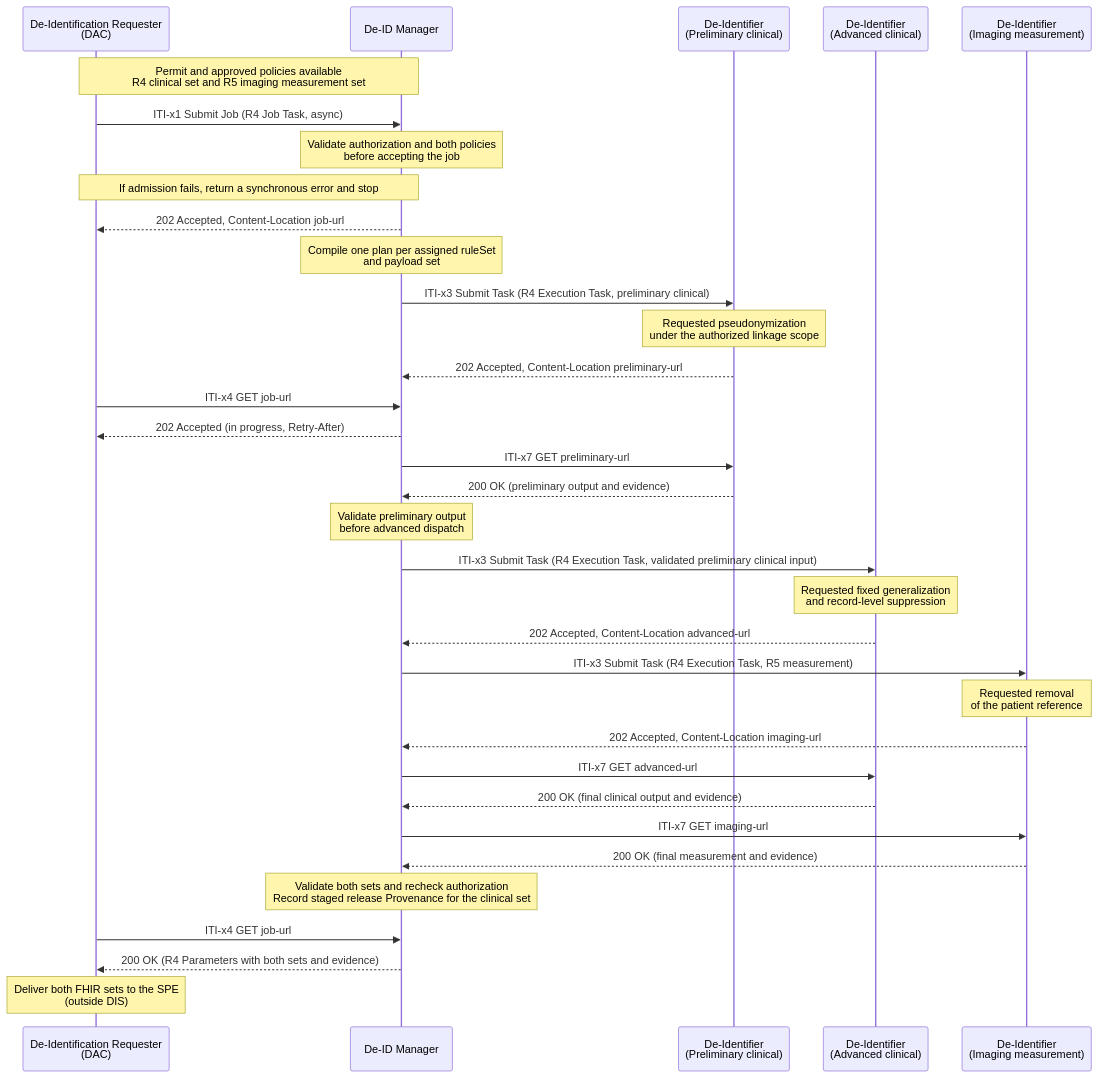
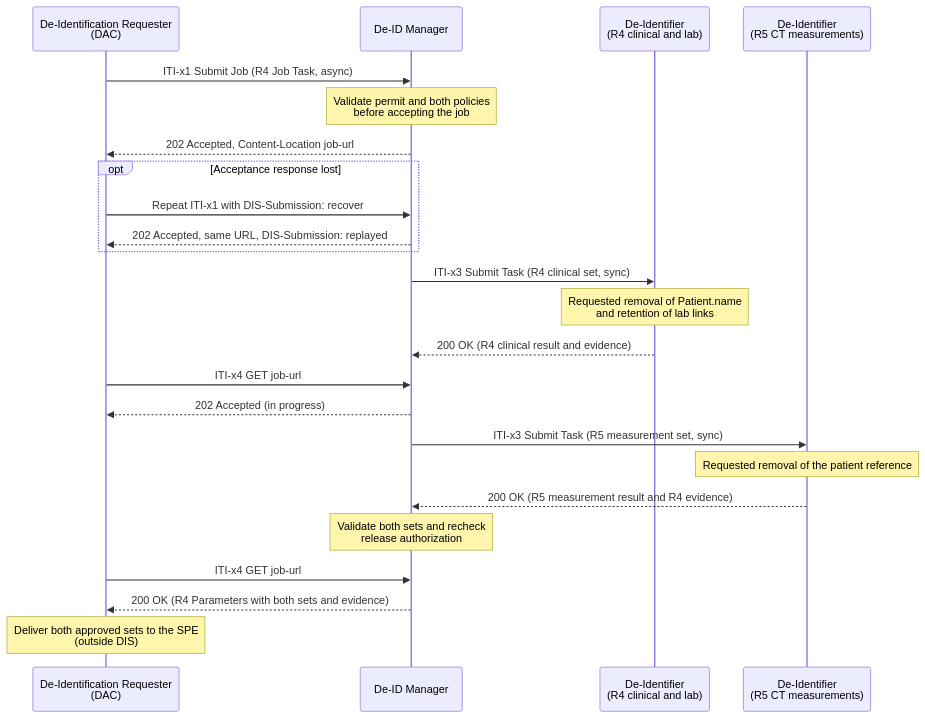
Before and after one commit to IHE/ITI.DIS: the diagram in input/images-source/dis-uc2-ai-ml-development.mmd, drawn with Mermaid. The commit also changed 25 other files, not shown here.

```diff
--- a/input/images-source/dis-uc2-ai-ml-development.mmd
+++ b/input/images-source/dis-uc2-ai-ml-development.mmd
@@ -1,40 +1,28 @@
 sequenceDiagram
     participant DAC as De-Identification Requester<br/>(DAC)
     participant MGR as De-ID Manager
-    participant DI_P as De-Identifier<br/>(Preliminary clinical)
-    participant DI_A as De-Identifier<br/>(Advanced clinical)
-    participant DI_I as De-Identifier<br/>(Imaging measurement)
+    participant DI_C as De-Identifier<br/>(R4 clinical and lab)
+    participant DI_I as De-Identifier<br/>(R5 CT measurements)
 
-    Note over DAC,MGR: Permit and approved policies available<br/>R4 clinical set and R5 imaging measurement set
     DAC->>MGR: ITI-x1 Submit Job (R4 Job Task, async)
-    Note over MGR: Validate authorization and both policies<br/>before accepting the job
-    Note over DAC,MGR: If admission fails, return a synchronous error and stop
+    Note over MGR: Validate permit and both policies<br/>before accepting the job
     MGR-->>DAC: 202 Accepted, Content-Location job-url
+    opt Acceptance response lost
+        DAC->>MGR: Repeat ITI-x1 with DIS-Submission: recover
+        MGR-->>DAC: 202 Accepted, same URL, DIS-Submission: replayed
+    end
 
-    Note over MGR: Compile one plan per assigned ruleSet<br/>and payload set
-    MGR->>DI_P: ITI-x3 Submit Task (R4 Execution Task, preliminary clinical)
-    Note over DI_P: Requested pseudonymization<br/>under the authorized linkage scope
-    DI_P-->>MGR: 202 Accepted, Content-Location preliminary-url
+    MGR->>DI_C: ITI-x3 Submit Task (R4 clinical set, sync)
+    Note over DI_C: Requested removal of Patient.name<br/>and retention of lab links
+    DI_C-->>MGR: 200 OK (R4 clinical result and evidence)
 
     DAC->>MGR: ITI-x4 GET job-url
-    MGR-->>DAC: 202 Accepted (in progress, Retry-After)
+    MGR-->>DAC: 202 Accepted (in progress)
 
-    MGR->>DI_P: ITI-x7 GET preliminary-url
-    DI_P-->>MGR: 200 OK (preliminary output and evidence)
-    Note over MGR: Validate preliminary output<br/>before advanced dispatch
-    MGR->>DI_A: ITI-x3 Submit Task (R4 Execution Task, validated preliminary clinical input)
-    Note over DI_A: Requested fixed generalization<br/>and record-level suppression
-    DI_A-->>MGR: 202 Accepted, Content-Location advanced-url
-
-    MGR->>DI_I: ITI-x3 Submit Task (R4 Execution Task, R5 measurement)
-    Note over DI_I: Requested removal<br/>of the patient reference
-    DI_I-->>MGR: 202 Accepted, Content-Location imaging-url
-
-    MGR->>DI_A: ITI-x7 GET advanced-url
-    DI_A-->>MGR: 200 OK (final clinical output and evidence)
-    MGR->>DI_I: ITI-x7 GET imaging-url
-    DI_I-->>MGR: 200 OK (final measurement and evidence)
-    Note over MGR: Validate both sets and recheck authorization<br/>Record staged release Provenance for the clinical set
+    MGR->>DI_I: ITI-x3 Submit Task (R5 measurement set, sync)
+    Note over DI_I: Requested removal of the patient reference
+    DI_I-->>MGR: 200 OK (R5 measurement result and R4 evidence)
+    Note over MGR: Validate both sets and recheck<br/>release authorization
     DAC->>MGR: ITI-x4 GET job-url
     MGR-->>DAC: 200 OK (R4 Parameters with both sets and evidence)
-    Note over DAC: Deliver both FHIR sets to the SPE<br/>(outside DIS)
+    Note over DAC: Deliver both approved sets to the SPE<br/>(outside DIS)
```
